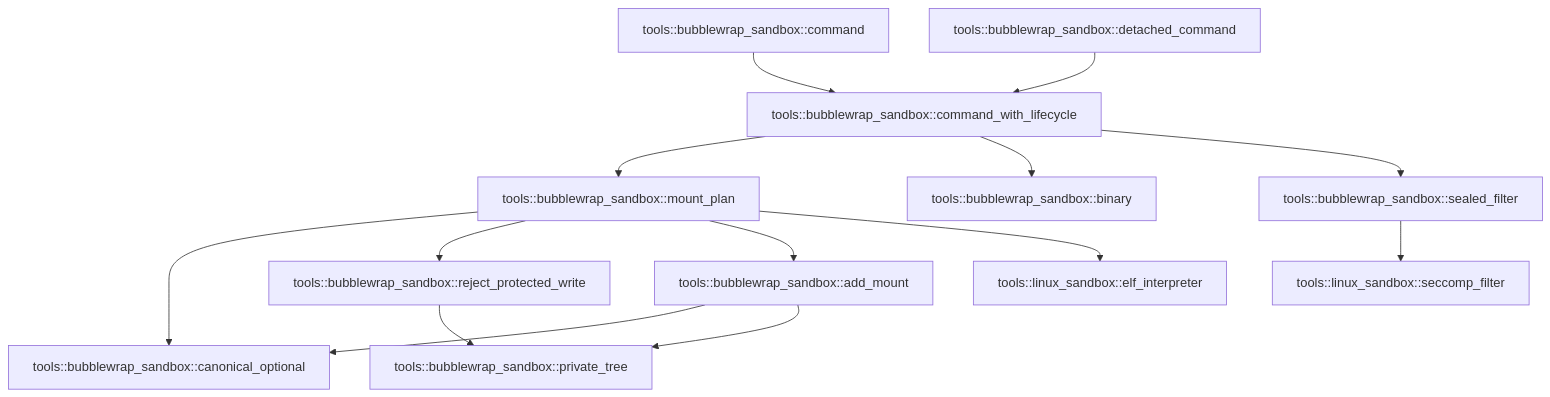
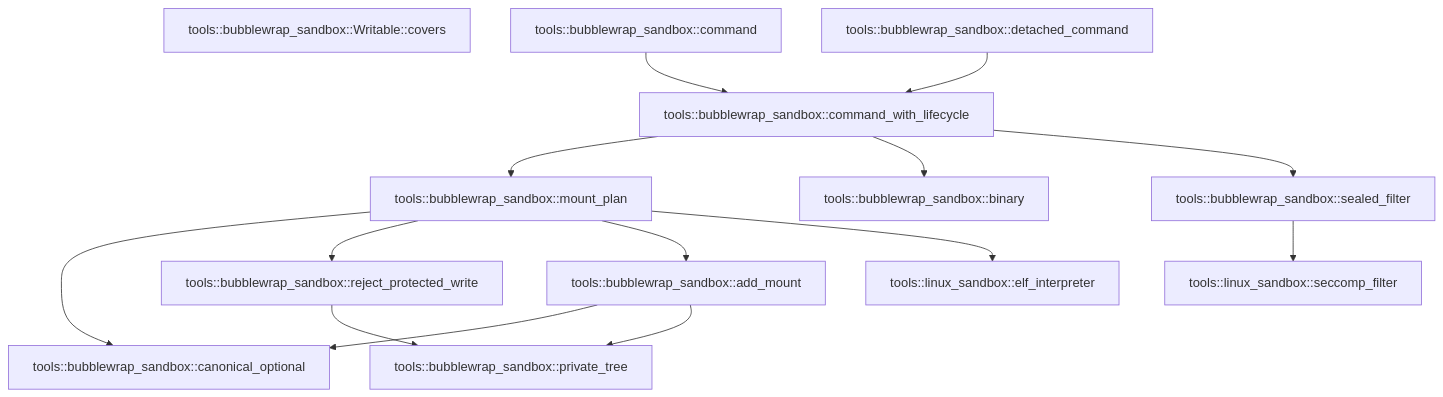
Before and after one commit to TekesApps/TekesKernel: the diagram in crates/tools/docs/generated/src--bubblewrap_sandbox.md, drawn with Mermaid. The commit also changed other lines of this file and 61 other files, not shown here.

````diff
--- a/crates/tools/docs/generated/src--bubblewrap_sandbox.md
+++ b/crates/tools/docs/generated/src--bubblewrap_sandbox.md
@@ -73,28 +77,29 @@
 ```mermaid
 flowchart TD
   n0["tools::bubblewrap_sandbox::mount_plan"]
-  n1["tools::bubblewrap_sandbox::canonical_optional"]
-  n2["tools::bubblewrap_sandbox::private_tree"]
-  n3["tools::bubblewrap_sandbox::reject_protected_write"]
-  n4["tools::bubblewrap_sandbox::add_mount"]
-  n5["tools::bubblewrap_sandbox::binary"]
-  n6["tools::bubblewrap_sandbox::sealed_filter"]
-  n7["tools::bubblewrap_sandbox::command"]
-  n8["tools::bubblewrap_sandbox::detached_command"]
-  n9["tools::bubblewrap_sandbox::command_with_lifecycle"]
-  n10["tools::linux_sandbox::elf_interpreter"]
-  n11["tools::linux_sandbox::seccomp_filter"]
-  n0 --> n1
+  n1["tools::bubblewrap_sandbox::binary"]
+  n2["tools::bubblewrap_sandbox::Writable::covers"]
+  n3["tools::bubblewrap_sandbox::canonical_optional"]
+  n4["tools::bubblewrap_sandbox::private_tree"]
+  n5["tools::bubblewrap_sandbox::reject_protected_write"]
+  n6["tools::bubblewrap_sandbox::add_mount"]
+  n7["tools::bubblewrap_sandbox::sealed_filter"]
+  n8["tools::bubblewrap_sandbox::command"]
+  n9["tools::bubblewrap_sandbox::detached_command"]
+  n10["tools::bubblewrap_sandbox::command_with_lifecycle"]
+  n11["tools::linux_sandbox::elf_interpreter"]
+  n12["tools::linux_sandbox::seccomp_filter"]
   n0 --> n3
-  n0 --> n4
-  n0 --> n10
-  n3 --> n2
-  n4 --> n1
-  n4 --> n2
-  n6 --> n11
-  n7 --> n9
-  n8 --> n9
-  n9 --> n0
-  n9 --> n5
-  n9 --> n6
+  n0 --> n5
+  n0 --> n6
+  n0 --> n11
+  n5 --> n4
+  n6 --> n3
+  n6 --> n4
+  n7 --> n12
+  n8 --> n10
+  n9 --> n10
+  n10 --> n0
+  n10 --> n1
+  n10 --> n7
 ```
````
